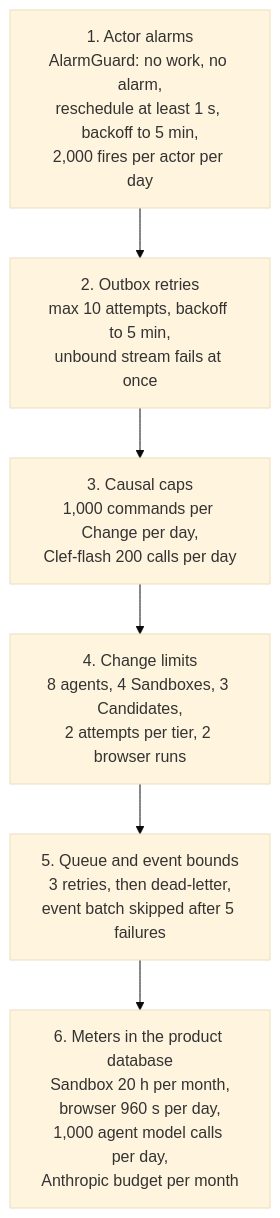
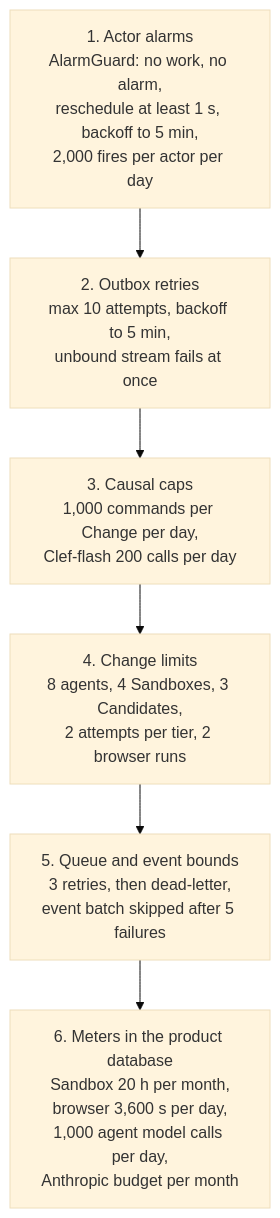
Before and after one commit to nsudhanva/rhumbatron: the second of 2 diagrams in docs/architecture/infrastructure-and-cost.md, drawn with Mermaid (base theme). The commit also changed other lines of this file and 55 other files, not shown here.

````diff
--- a/docs/architecture/infrastructure-and-cost.md
+++ b/docs/architecture/infrastructure-and-cost.md
@@ -155,10 +160,10 @@
 ```mermaid
 flowchart TB
   L1["1. Actor alarms<br/>AlarmGuard: no work, no alarm,<br/>reschedule at least 1 s, backoff to 5 min,<br/>2,000 fires per actor per day"]
   L2["2. Outbox retries<br/>max 10 attempts, backoff to 5 min,<br/>unbound stream fails at once"]
   L3["3. Causal caps<br/>1,000 commands per Change per day,<br/>Clef-flash 200 calls per day"]
   L4["4. Change limits<br/>8 agents, 4 Sandboxes, 3 Candidates,<br/>2 attempts per tier, 2 browser runs"]
   L5["5. Queue and event bounds<br/>3 retries, then dead-letter,<br/>event batch skipped after 5 failures"]
-  L6["6. Meters in the product database<br/>Sandbox 20 h per month,<br/>browser 960 s per day,<br/>1,000 agent model calls per day,<br/>Anthropic budget per month"]
+  L6["6. Meters in the product database<br/>Sandbox 20 h per month,<br/>browser 3,600 s per day,<br/>1,000 agent model calls per day,<br/>Anthropic budget per month"]
   L1 --> L2 --> L3 --> L4 --> L5 --> L6
 ```
````
